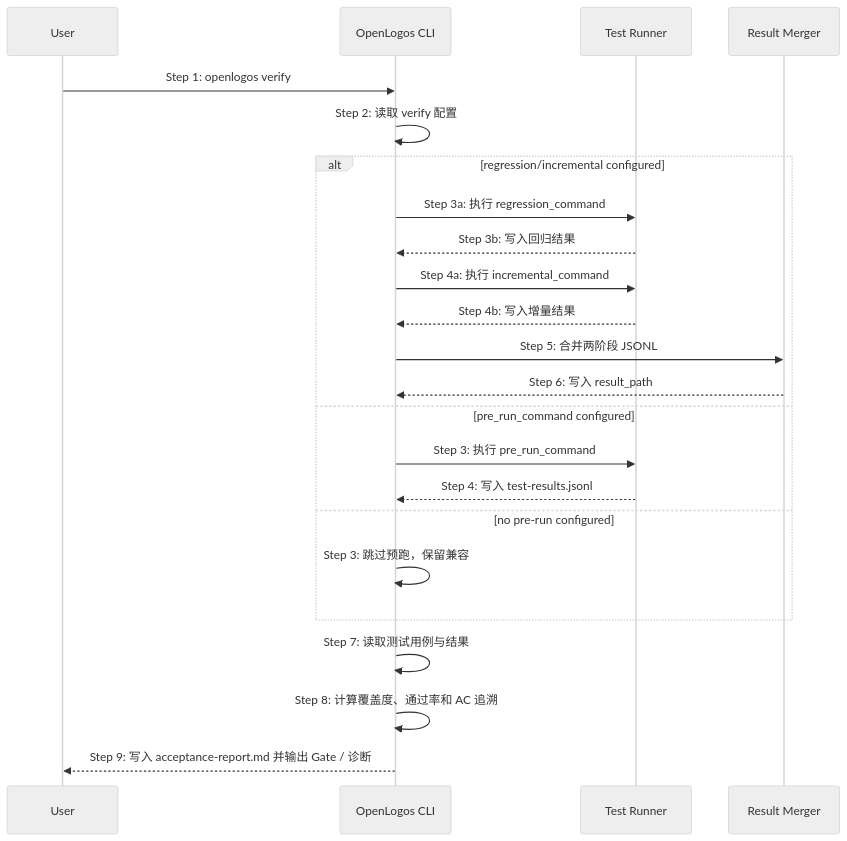
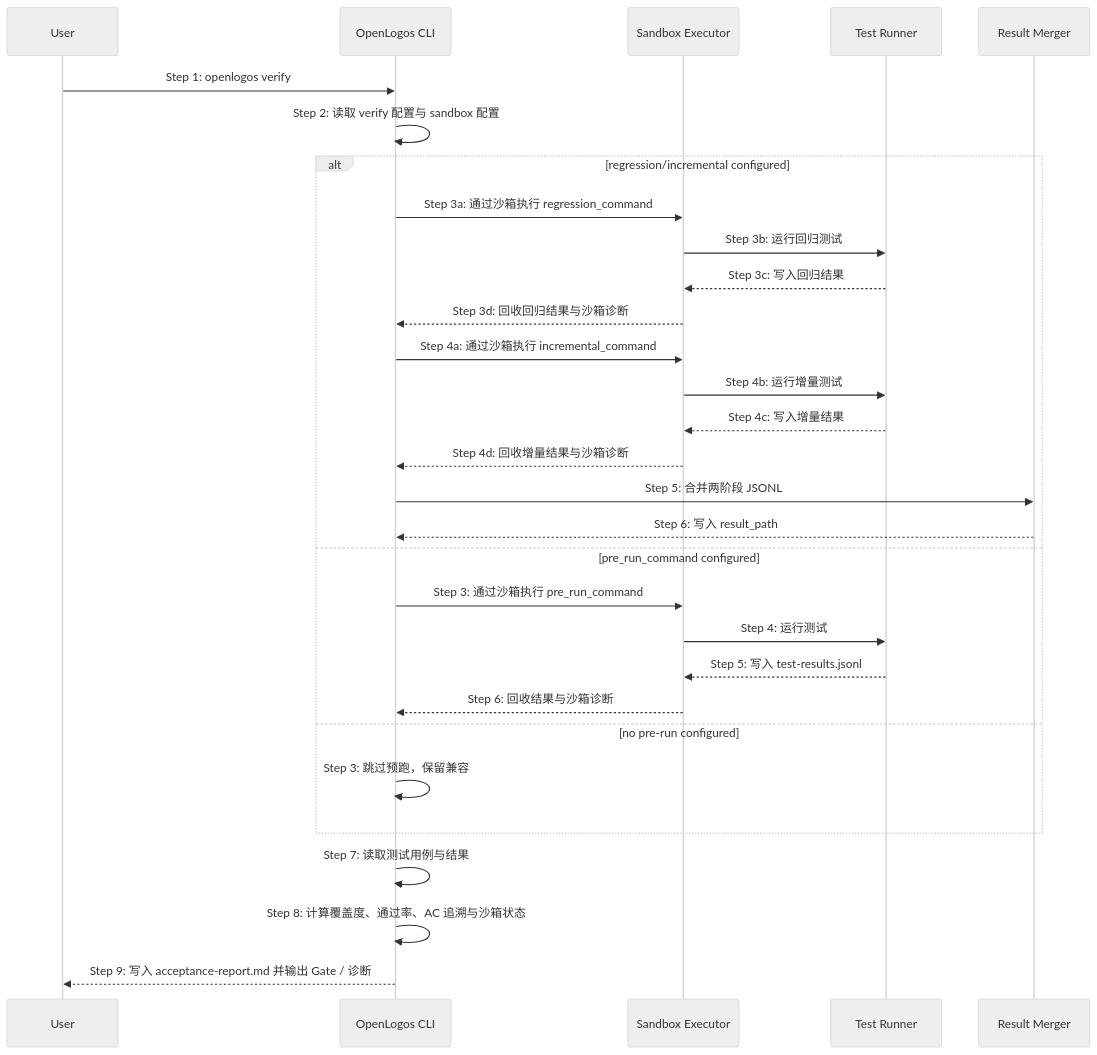
One commit to miniidealab/openlogos changed the diagram in logos/resources/prd/3-technical-plan/2-scenario-implementation/core-S13-verify-results.md. Above: the diagram before and after it, drawn with Mermaid (neutral theme). The commit also changed other lines of this file and 13 other files, not shown here.

Commit message:
docs(verify-smoke-sandbox-standardization): merge spec deltas

````diff
--- a/logos/resources/prd/3-technical-plan/2-scenario-implementation/core-S13-verify-results.md
+++ b/logos/resources/prd/3-technical-plan/2-scenario-implementation/core-S13-verify-results.md
@@ -3,26 +3,33 @@
 ```mermaid
 sequenceDiagram
     participant U as User
     participant C as OpenLogos CLI
+    participant X as Sandbox Executor
     participant T as Test Runner
     participant R as Result Merger
 
     U->>C: Step 1: openlogos verify
-    C->>C: Step 2: 读取 verify 配置
+    C->>C: Step 2: 读取 verify 配置与 sandbox 配置
     alt regression/incremental configured
-        C->>T: Step 3a: 执行 regression_command
-        T-->>C: Step 3b: 写入回归结果
-        C->>T: Step 4a: 执行 incremental_command
-        T-->>C: Step 4b: 写入增量结果
+        C->>X: Step 3a: 通过沙箱执行 regression_command
+        X->>T: Step 3b: 运行回归测试
+        T-->>X: Step 3c: 写入回归结果
+        X-->>C: Step 3d: 回收回归结果与沙箱诊断
+        C->>X: Step 4a: 通过沙箱执行 incremental_command
+        X->>T: Step 4b: 运行增量测试
+        T-->>X: Step 4c: 写入增量结果
+        X-->>C: Step 4d: 回收增量结果与沙箱诊断
         C->>R: Step 5: 合并两阶段 JSONL
         R-->>C: Step 6: 写入 result_path
     else pre_run_command configured
-        C->>T: Step 3: 执行 pre_run_command
-        T-->>C: Step 4: 写入 test-results.jsonl
+        C->>X: Step 3: 通过沙箱执行 pre_run_command
+        X->>T: Step 4: 运行测试
+        T-->>X: Step 5: 写入 test-results.jsonl
+        X-->>C: Step 6: 回收结果与沙箱诊断
     else no pre-run configured
         C->>C: Step 3: 跳过预跑，保留兼容
     end
     C->>C: Step 7: 读取测试用例与结果
-    C->>C: Step 8: 计算覆盖度、通过率和 AC 追溯
+    C->>C: Step 8: 计算覆盖度、通过率、AC 追溯与沙箱状态
     C-->>U: Step 9: 写入 acceptance-report.md 并输出 Gate / 诊断
 ```
````
